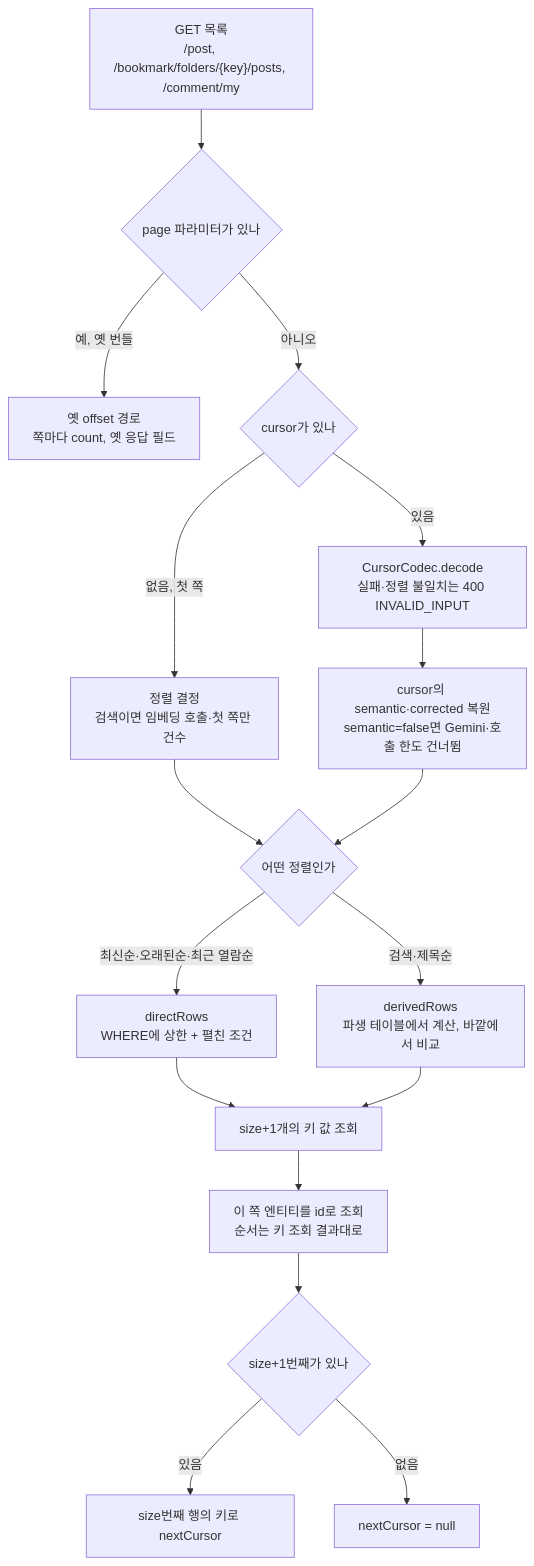
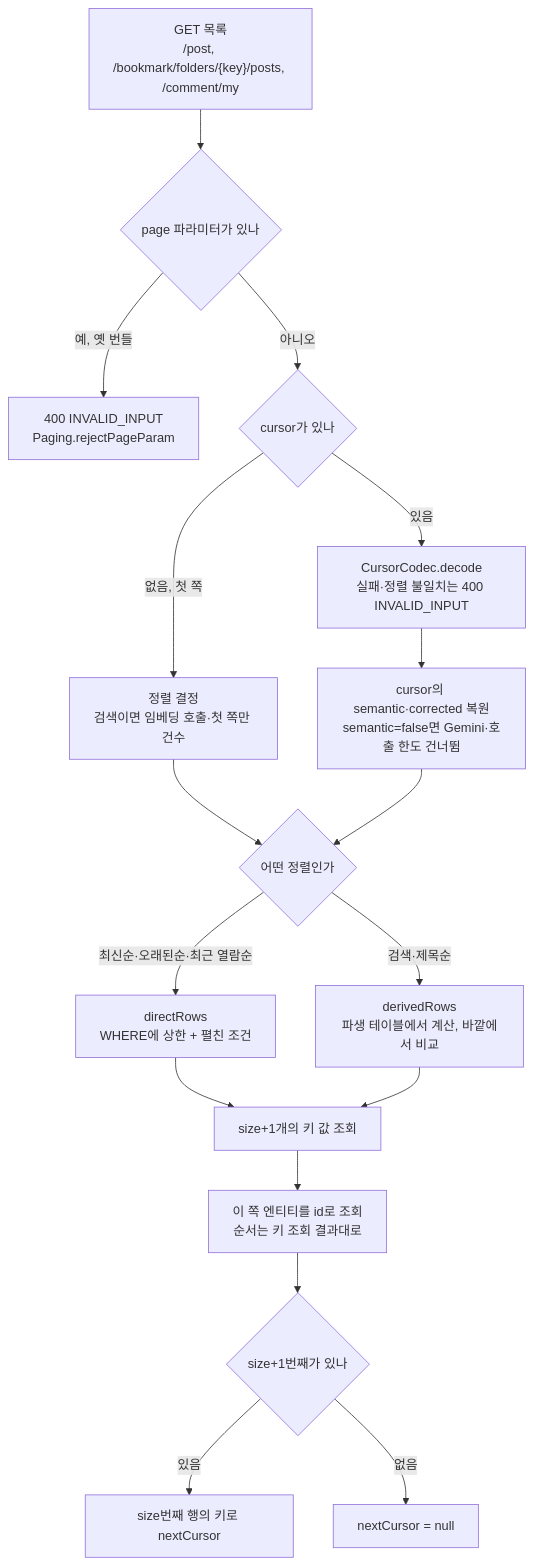
One commit to BAECHAN/link-sphere_BE_NEW changed the second of 3 diagrams in docs/PAGINATION.md. Above: the diagram before and after it, drawn with Mermaid. The commit also changed other lines of this file and 37 other files, not shown here.

````diff
--- a/docs/PAGINATION.md
+++ b/docs/PAGINATION.md
@@ -80,19 +80,19 @@
 ```mermaid
 flowchart TD
   R["GET 목록<br/>/post, /bookmark/folders/{key}/posts, /comment/my"] --> P{"page 파라미터가 있나"}
-  P -->|"예, 옛 번들"| O["옛 offset 경로<br/>쪽마다 count, 옛 응답 필드"]
+  P -->|"예, 옛 번들"| O["400 INVALID_INPUT<br/>Paging.rejectPageParam"]
   P -->|아니오| C{"cursor가 있나"}
   C -->|없음, 첫 쪽| S["정렬 결정<br/>검색이면 임베딩 호출·첫 쪽만 건수"]
   C -->|있음| V["CursorCodec.decode<br/>실패·정렬 불일치는 400 INVALID_INPUT"]
   V --> S2["cursor의 semantic·corrected 복원<br/>semantic=false면 Gemini·호출 한도 건너뜀"]
   S --> Q{"어떤 정렬인가"}
   S2 --> Q
   Q -->|"최신순·오래된순·최근 열람순"| I["directRows<br/>WHERE에 상한 + 펼친 조건"]
   Q -->|"검색·제목순"| D["derivedRows<br/>파생 테이블에서 계산, 바깥에서 비교"]
   I --> L["size+1개의 키 값 조회"]
   D --> L
   L --> E["이 쪽 엔티티를 id로 조회<br/>순서는 키 조회 결과대로"]
   E --> N{"size+1번째가 있나"}
   N -->|있음| NC["size번째 행의 키로 nextCursor"]
   N -->|없음| NN["nextCursor = null"]
 ```
````
